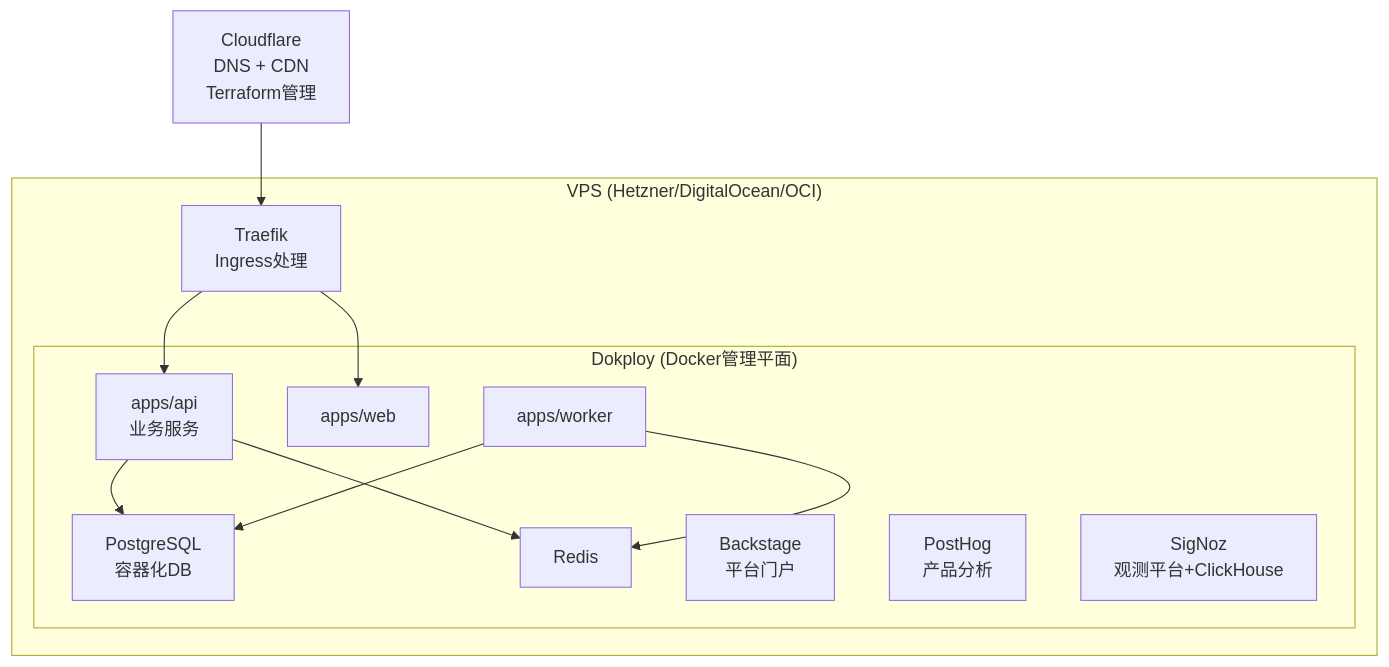
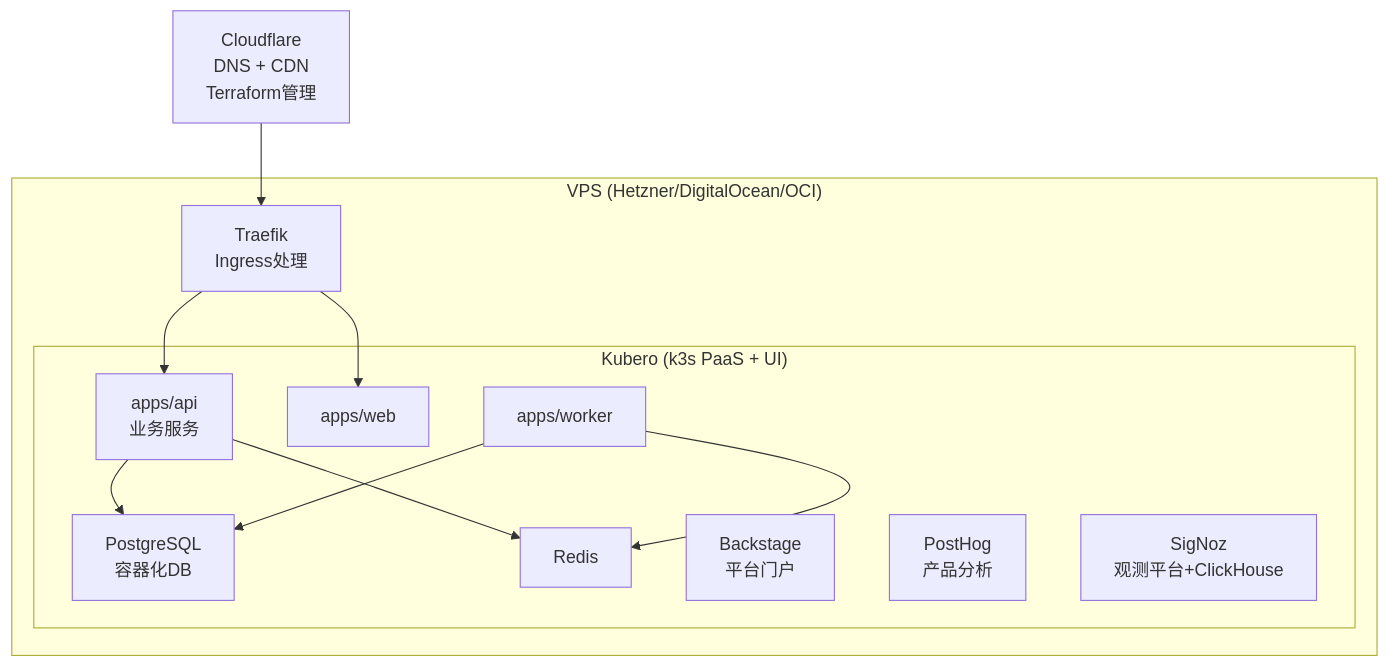
The second of 4 diagrams in docs/specs/infra/IRD-004.env_eaas_infra.md (wangzitian0/PEG-scaner), drawn with Mermaid before and after one commit. The commit also changed other lines of this file and 9 other files, not shown here.

````diff
--- a/docs/specs/infra/IRD-004.env_eaas_infra.md
+++ b/docs/specs/infra/IRD-004.env_eaas_infra.md
@@ -175,27 +112,27 @@
 ```mermaid
 graph TB
     CF[Cloudflare<br/>DNS + CDN<br/>Terraform管理]
     
     subgraph VPS["VPS (Hetzner/DigitalOcean/OCI)"]
         TR[Traefik<br/>Ingress处理]
         
-        subgraph Dokploy["Dokploy (Docker管理平面)"]
+        subgraph Kubero["Kubero (k3s PaaS + UI)"]
             API[apps/api<br/>业务服务]
             WEB[apps/web]
             WORK[apps/worker]
             PG[PostgreSQL<br/>容器化DB]
             RD[Redis]
             BS[Backstage<br/>平台门户]
             PH[PostHog<br/>产品分析]
             SN[SigNoz<br/>观测平台+ClickHouse]
         end
     end
     
     CF --> TR
     TR --> API
     TR --> WEB
     API --> PG
     API --> RD
     WORK --> PG
     WORK --> RD
 ```
````
